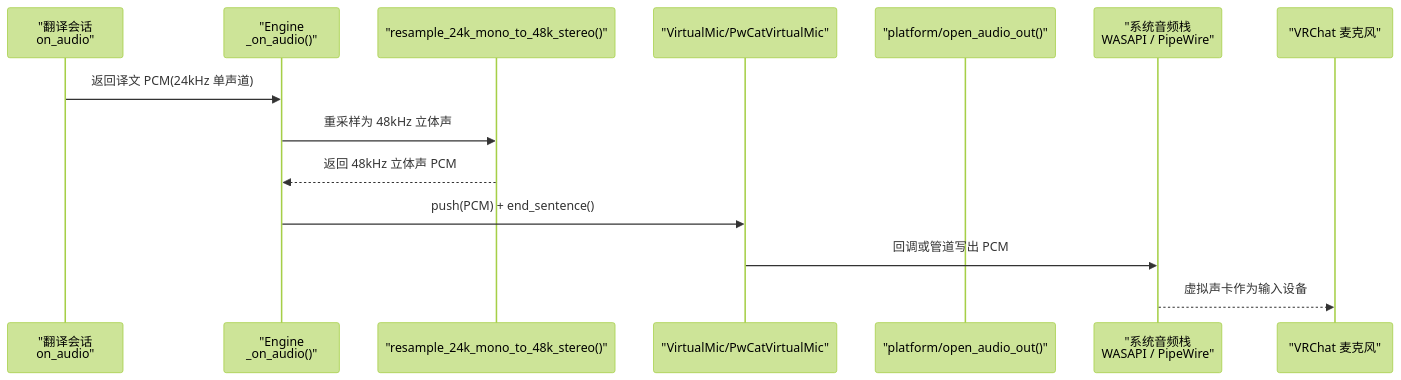
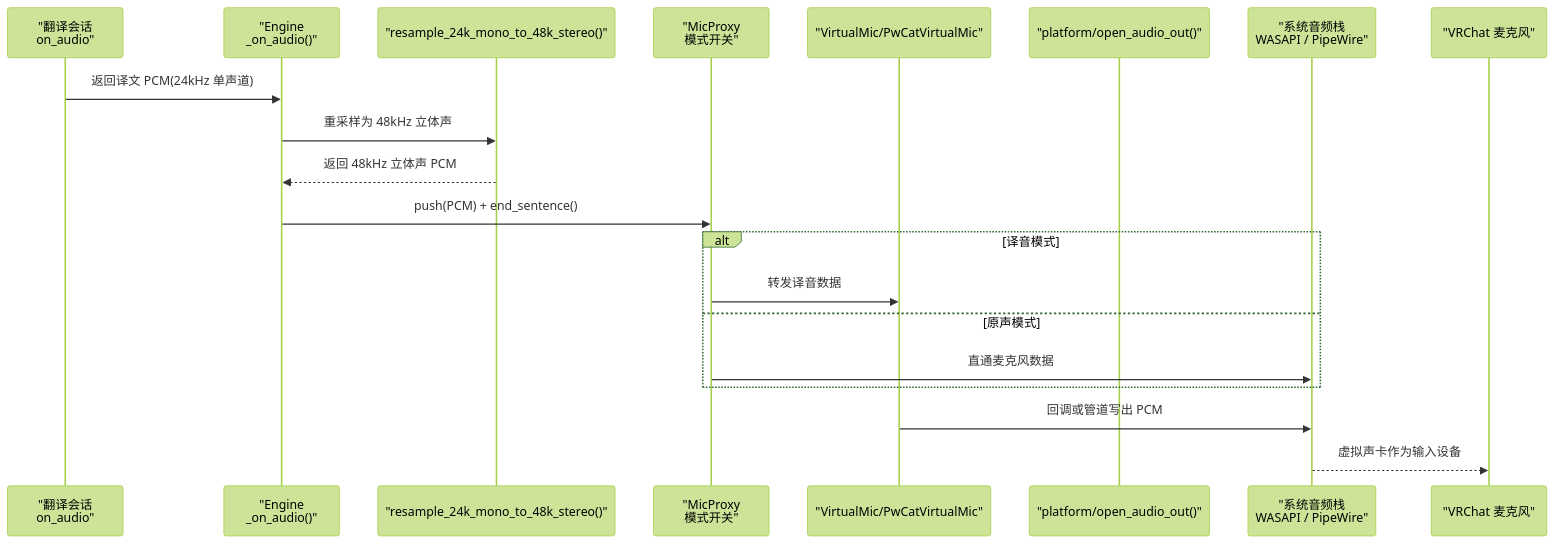
Before and after one commit to EMeowAGENT/vrchat-livetranslate: the second of 11 diagrams in .qoder/repowiki/zh/content/输出分发系统/虚拟麦克风.md, drawn with Mermaid (forest theme). The commit also changed other lines of this file and 75 other files, not shown here.

````diff
--- a/.qoder/repowiki/zh/content/输出分发系统/虚拟麦克风.md
+++ b/.qoder/repowiki/zh/content/输出分发系统/虚拟麦克风.md
@@ -96,16 +123,22 @@
 ```mermaid
 sequenceDiagram
 participant Model as "翻译会话<br/>on_audio"
 participant Engine as "Engine<br/>_on_audio()"
 participant Resample as "resample_24k_mono_to_48k_stereo()"
+participant Proxy as "MicProxy<br/>模式开关"
 participant VM as "VirtualMic/PwCatVirtualMic"
 participant Platform as "platform/open_audio_out()"
 participant OS as "系统音频栈<br/>WASAPI / PipeWire"
 participant Game as "VRChat 麦克风"
 Model->>Engine : 返回译文 PCM(24kHz 单声道)
 Engine->>Resample : 重采样为 48kHz 立体声
 Resample-->>Engine : 返回 48kHz 立体声 PCM
-Engine->>VM : push(PCM) + end_sentence()
+Engine->>Proxy : push(PCM) + end_sentence()
+alt 译音模式
+Proxy->>VM : 转发译音数据
+else 原声模式
+Proxy->>OS : 直通麦克风数据
+end
 VM->>OS : 回调或管道写出 PCM
 OS-->>Game : 虚拟声卡作为输入设备
 ```
````
